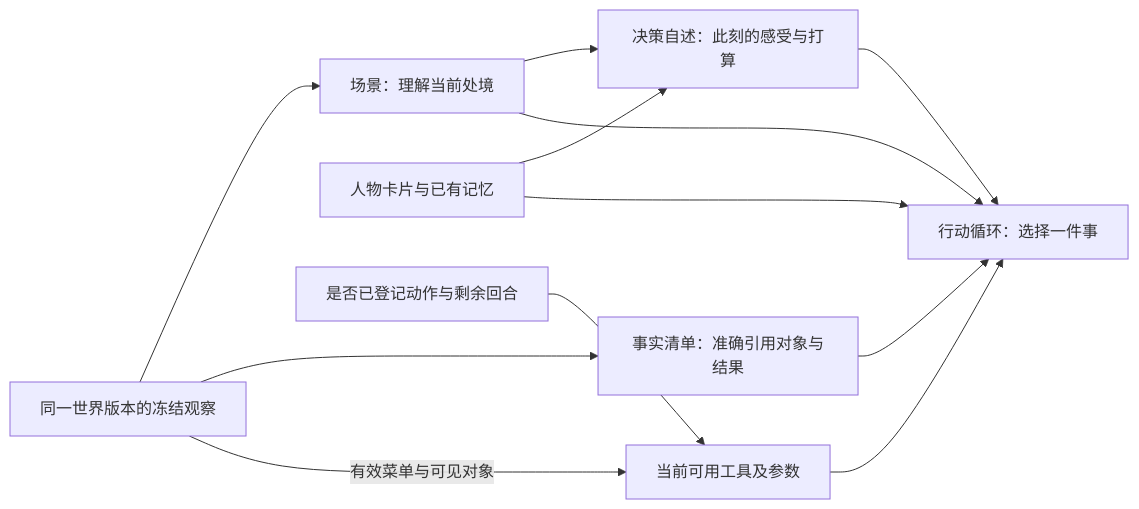
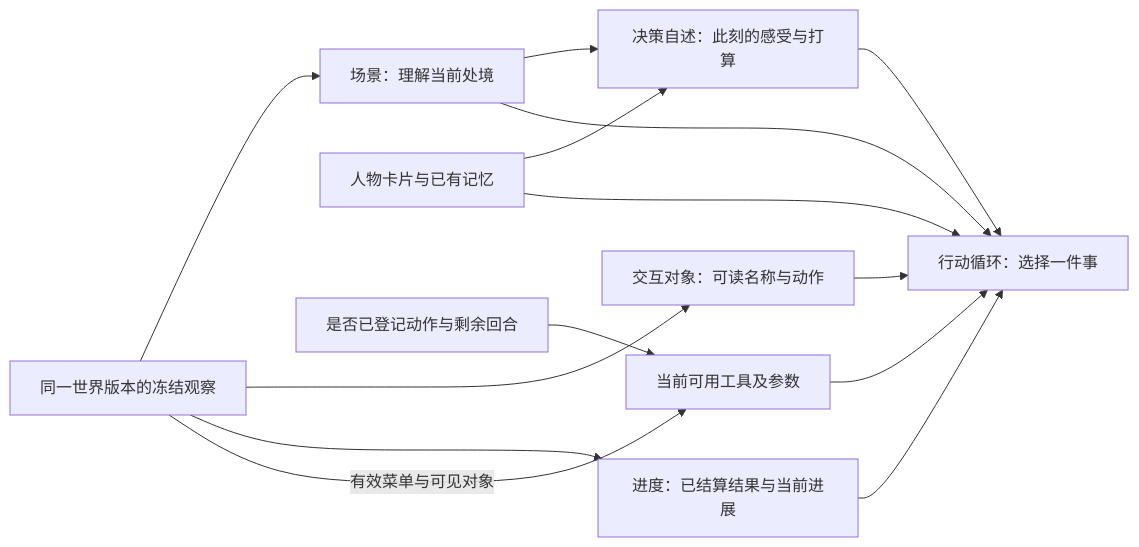
One commit to HoldThatThgt/WorldMock changed the third of 9 diagrams in docs/design/04-simulation-engine.md. Above: the diagram before and after it, drawn with Mermaid. The commit also changed other lines of this file and 169 other files, not shown here.

````diff
--- a/docs/design/04-simulation-engine.md
+++ b/docs/design/04-simulation-engine.md
@@ -177,11 +179,12 @@
 ```mermaid
 flowchart LR
     W[同一世界版本的冻结观察] --> S[场景：理解当前处境]
-    W --> F[事实清单：准确引用对象与结果]
+    W --> F[交互对象：可读名称与动作]
+    W --> G[进度：已结算结果与当前进展]
     C[人物卡片与已有记忆] --> D[决策自述：此刻的感受与打算]
     S --> D
-    C & S & F & D --> A[行动循环：选择一件事]
+    C & S & F & G & D --> A[行动循环：选择一件事]
     W -->|有效菜单与可见对象| T[当前可用工具及参数]
     P[是否已登记动作与剩余回合] --> T
     T --> A
 ```
````
